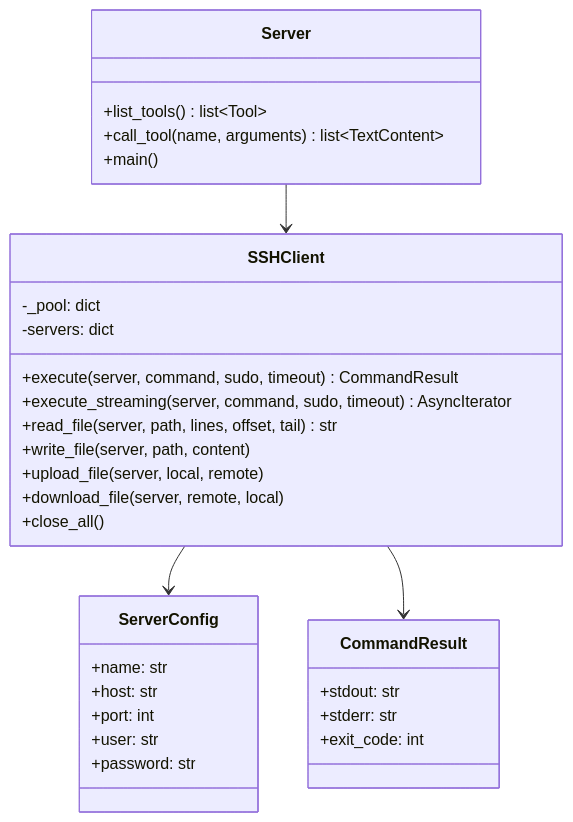
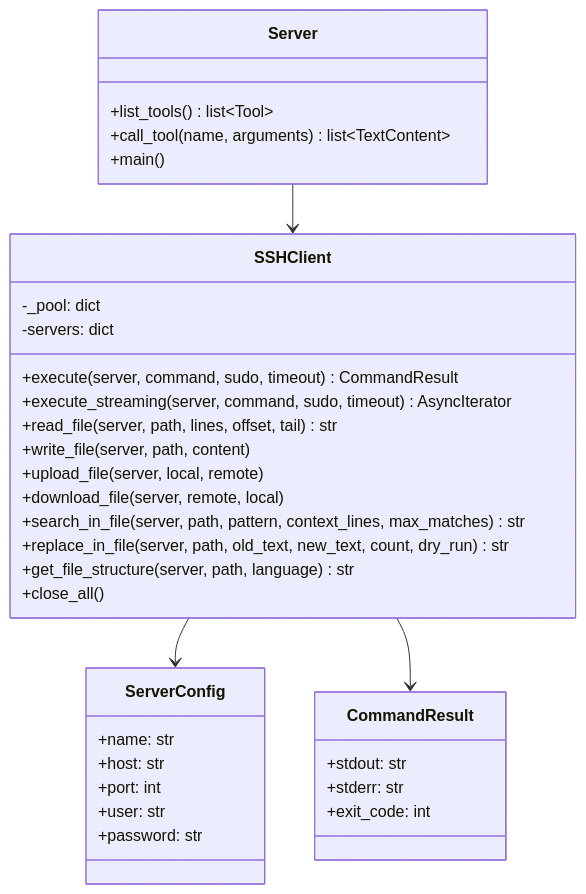
Before and after one commit to intershopper/remote-admin-mcp: the fourth of 8 diagrams in docs/architecture.md, drawn with Mermaid. The commit also changed other lines of this file, not shown here.

Commit message:
docs: update arc42 architecture for consolidated tools and large file handling

````diff
--- a/docs/architecture.md
+++ b/docs/architecture.md
@@ -102,38 +131,41 @@
 ```mermaid
 classDiagram
     class Server {
         +list_tools() list~Tool~
         +call_tool(name, arguments) list~TextContent~
         +main()
     }
 
     class SSHClient {
         -_pool: dict
         -servers: dict
         +execute(server, command, sudo, timeout) CommandResult
         +execute_streaming(server, command, sudo, timeout) AsyncIterator
         +read_file(server, path, lines, offset, tail) str
         +write_file(server, path, content)
         +upload_file(server, local, remote)
         +download_file(server, remote, local)
+        +search_in_file(server, path, pattern, context_lines, max_matches) str
+        +replace_in_file(server, path, old_text, new_text, count, dry_run) str
+        +get_file_structure(server, path, language) str
         +close_all()
     }
 
     class ServerConfig {
         +name: str
         +host: str
         +port: int
         +user: str
         +password: str
     }
 
     class CommandResult {
         +stdout: str
         +stderr: str
         +exit_code: int
     }
 
     Server --> SSHClient
     SSHClient --> ServerConfig
     SSHClient --> CommandResult
 ```
````
